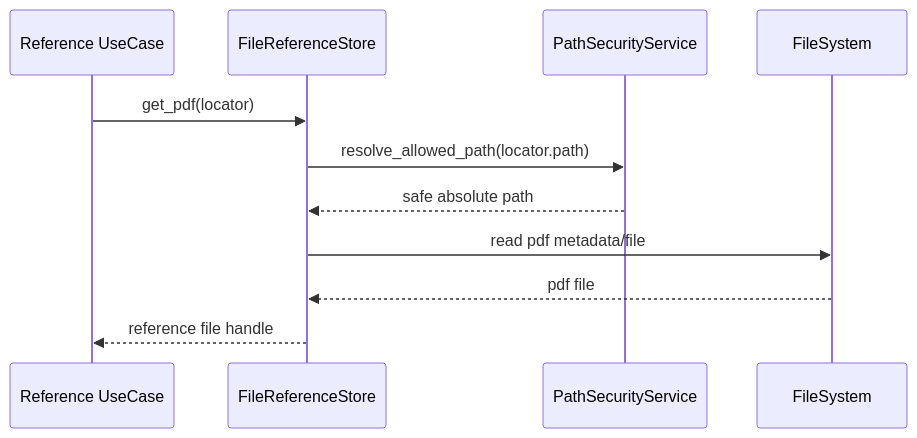
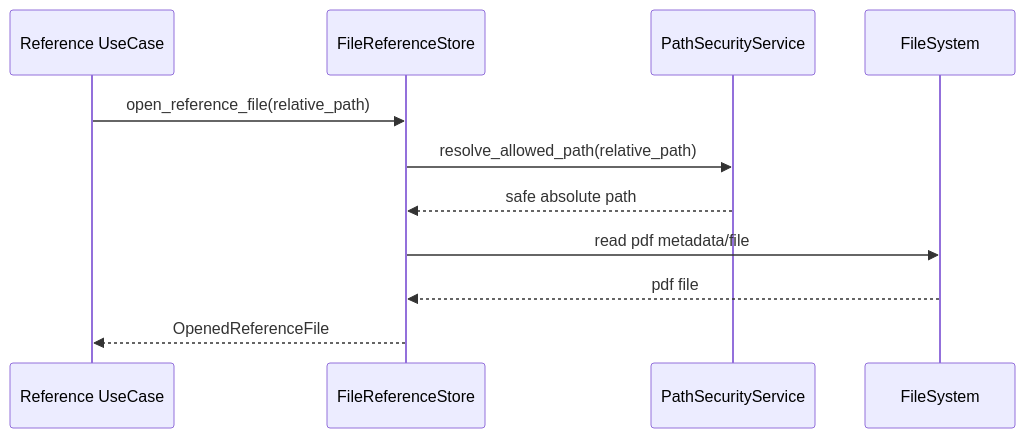
Before and after one commit to mincsys/D-Concierge: the diagram in docs/03_内部設計/03_内部IF設計/参照元ファイルIF.md, drawn with Mermaid. The commit also changed other lines of this file and 18 other files, not shown here.

````diff
--- a/docs/03_内部設計/03_内部IF設計/参照元ファイルIF.md
+++ b/docs/03_内部設計/03_内部IF設計/参照元ファイルIF.md
@@ -26,14 +32,14 @@
 ```mermaid
 sequenceDiagram
     participant usecase as Reference UseCase
     participant store as FileReferenceStore
     participant guard as PathSecurityService
     participant fs as FileSystem
 
-    usecase->>store: get_pdf(locator)
-    store->>guard: resolve_allowed_path(locator.path)
+    usecase->>store: open_reference_file(relative_path)
+    store->>guard: resolve_allowed_path(relative_path)
     guard-->>store: safe absolute path
     store->>fs: read pdf metadata/file
     fs-->>store: pdf file
-    store-->>usecase: reference file handle
+    store-->>usecase: OpenedReferenceFile
 ```
````
